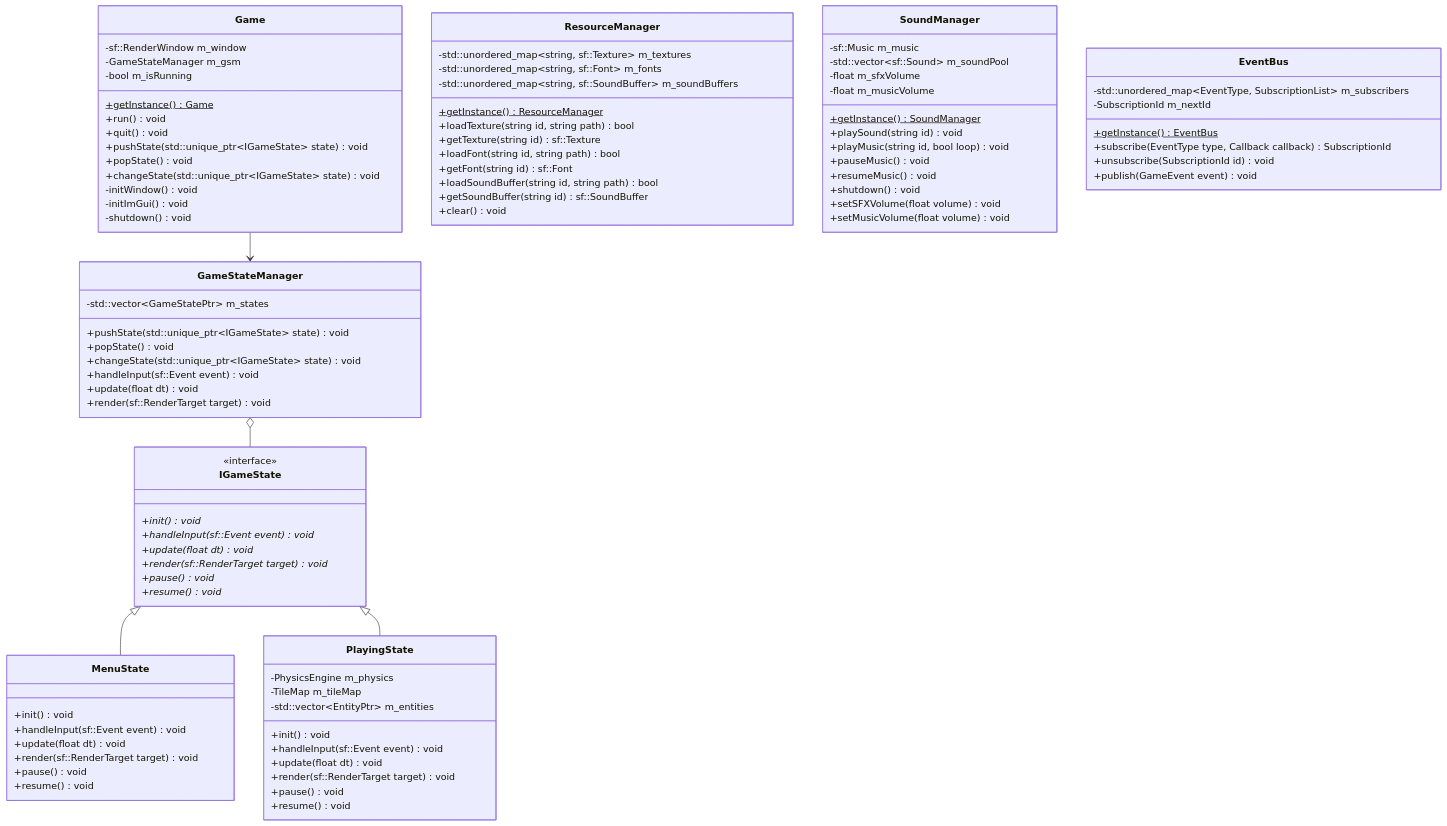
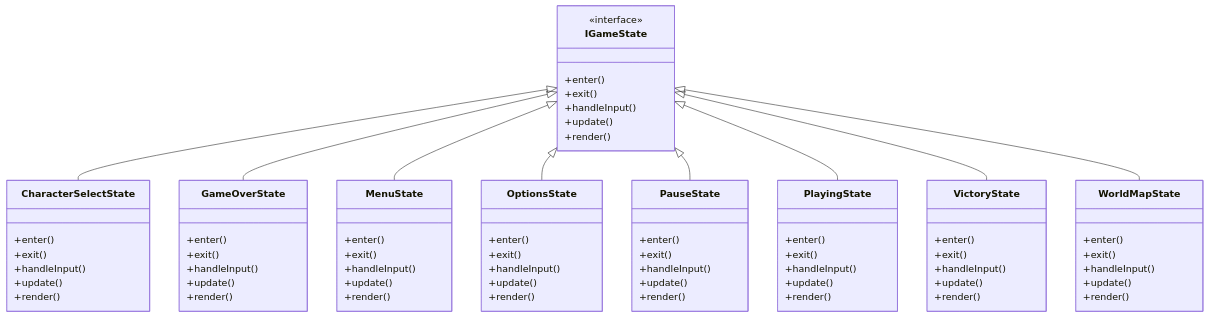
The second of 6 diagrams in class_diagram.md (ndmhuy/SuperMarioGame), drawn with Mermaid before and after one commit. The commit also changed other lines of this file and 5 other files, not shown here.

First line of the commit message:
docs(report): real UML, generated from the headers, and the project's own history

````diff
--- a/class_diagram.md
+++ b/class_diagram.md
@@ -8,101 +436,75 @@
 ```mermaid
 classDiagram
-    class Game {
-        -sf::RenderWindow m_window
-        -GameStateManager m_gsm
-        -bool m_isRunning
-        +getInstance() Game$
-        +run() void
-        +quit() void
-        +pushState(std::unique_ptr~IGameState~ state) void
-        +popState() void
-        +changeState(std::unique_ptr~IGameState~ state) void
-        -initWindow() void
-        -initImGui() void
-        -shutdown() void
-    }
-
-    class GameStateManager {
-        -std::vector~GameStatePtr~ m_states
-        +pushState(std::unique_ptr~IGameState~ state) void
-        +popState() void
-        +changeState(std::unique_ptr~IGameState~ state) void
-        +handleInput(sf::Event event) void
-        +update(float dt) void
-        +render(sf::RenderTarget target) void
-    }
-
     class IGameState {
         <<interface>>
-        +init() void*
-        +handleInput(sf::Event event) void*
-        +update(float dt) void*
-        +render(sf::RenderTarget target) void*
-        +pause() void*
-        +resume() void*
+        +enter()
+        +exit()
+        +handleInput()
+        +update()
+        +render()
     }
-
+    class CharacterSelectState {
+        +enter()
+        +exit()
+        +handleInput()
+        +update()
+        +render()
+    }
+    class GameOverState {
+        +enter()
+        +exit()
+        +handleInput()
+        +update()
+        +render()
+    }
     class MenuState {
-        +init() void
-        +handleInput(sf::Event event) void
-        +update(float dt) void
-        +render(sf::RenderTarget target) void
-        +pause() void
-        +resume() void
+        +enter()
+        +exit()
+        +handleInput()
+        +update()
+        +render()
     }
-
+    class OptionsState {
+        +enter()
+        +exit()
+        +handleInput()
+        +update()
+        +render()
+    }
+    class PauseState {
+        +enter()
+        +exit()
+        +handleInput()
+        +update()
+        +render()
+    }
     class PlayingState {
-        -PhysicsEngine m_physics
-        -TileMap m_tileMap
-        -std::vector~EntityPtr~ m_entities
-        +init() void
-        +handleInput(sf::Event event) void
-        +update(float dt) void
-        +render(sf::RenderTarget target) void
-        +pause() void
-        +resume() void
+        +enter()
+        +exit()
+        +handleInput()
+        +update()
+        +render()
     }
-
-    class ResourceManager {
-        -std::unordered_map~string, sf::Texture~ m_textures
-        -std::unordered_map~string, sf::Font~ m_fonts
-        -std::unordered_map~string, sf::SoundBuffer~ m_soundBuffers
-        +getInstance() ResourceManager$
-        +loadTexture(string id, string path) bool
-        +getTexture(string id) sf::Texture
-        +loadFont(string id, string path) bool
-        +getFont(string id) sf::Font
-        +loadSoundBuffer(string id, string path) bool
-        +getSoundBuffer(string id) sf::SoundBuffer
-        +clear() void
+    class VictoryState {
+        +enter()
+        +exit()
+        +handleInput()
+        +update()
+        +render()
     }
-
-    class SoundManager {
-        -sf::Music m_music
-        -std::vector~sf::Sound~ m_soundPool
-        -float m_sfxVolume
-        -float m_musicVolume
-        +getInstance() SoundManager$
-        +playSound(string id) void
-        +playMusic(string id, bool loop) void
-        +pauseMusic() void
-        +resumeMusic() void
-        +shutdown() void
-        +setSFXVolume(float volume) void
-        +setMusicVolume(float volume) void
+    class WorldMapState {
+        +enter()
+        +exit()
+        +handleInput()
+        +update()
+        +render()
     }
-
-    class EventBus {
-        -std::unordered_map~EventType, SubscriptionList~ m_subscribers
-        -SubscriptionId m_nextId
-        +getInstance() EventBus$
-        +subscribe(EventType type, Callback callback) SubscriptionId
-        +unsubscribe(SubscriptionId id) void
-        +publish(GameEvent event) void
-    }
-
-    Game --> GameStateManager
-    GameStateManager o-- IGameState
+    IGameState <|-- CharacterSelectState
+    IGameState <|-- GameOverState
     IGameState <|-- MenuState
+    IGameState <|-- OptionsState
+    IGameState <|-- PauseState
     IGameState <|-- PlayingState
+    IGameState <|-- VictoryState
+    IGameState <|-- WorldMapState
 ```
````
